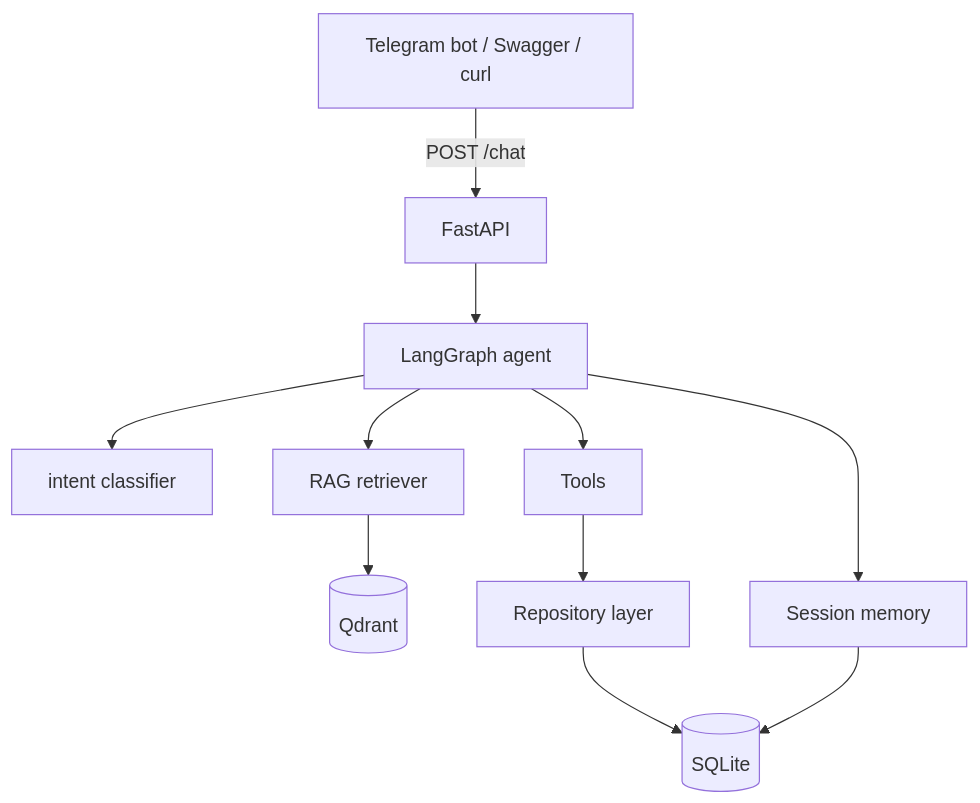
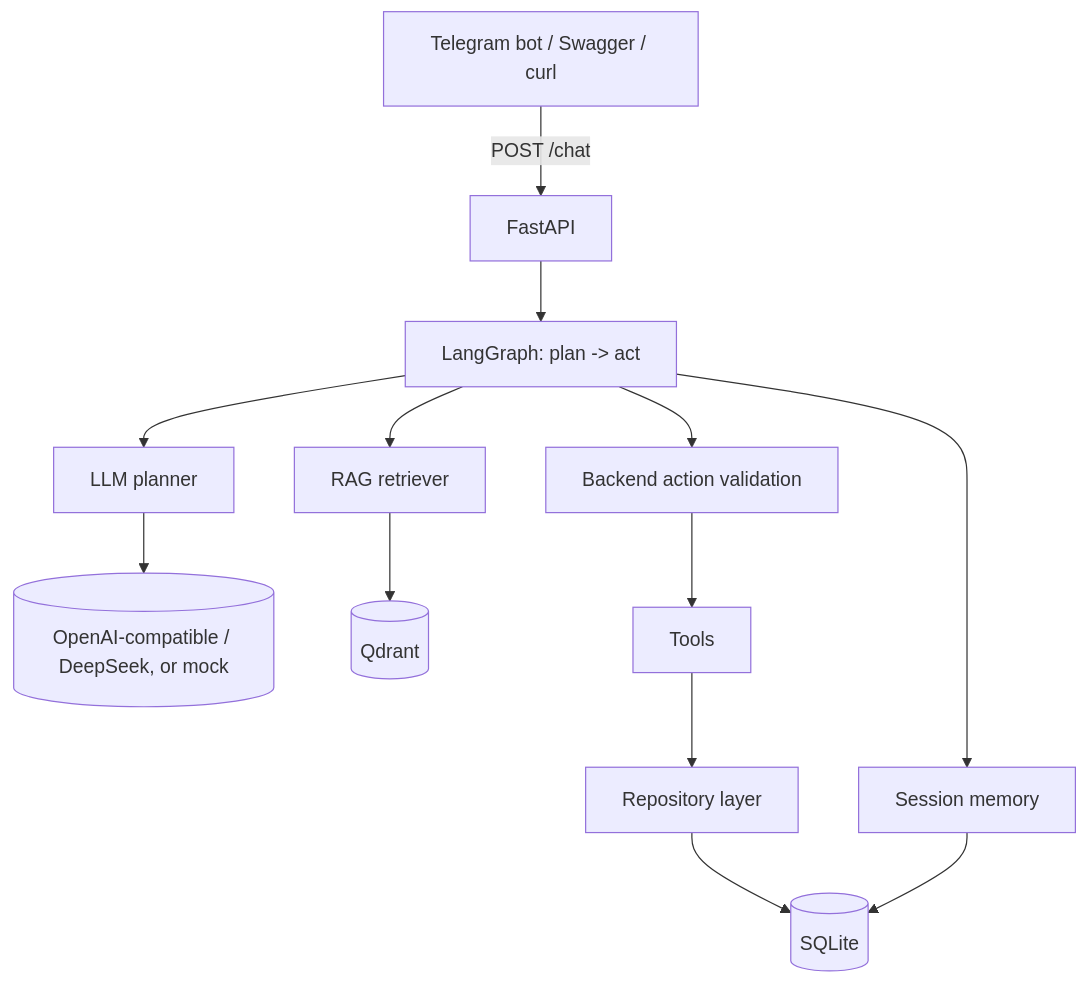
The diagram in docs/architecture.md (HullyMully/ai-marketing-agent-rag-langgraph), drawn with Mermaid before and after one commit. The commit also changed other lines of this file and 25 other files, not shown here.

Commit message:
Complete planner validation refactor

````diff
--- a/docs/architecture.md
+++ b/docs/architecture.md
@@ -15,13 +19,15 @@
 ```mermaid
 flowchart TB
     Client[Telegram bot / Swagger / curl] -->|POST /chat| FastAPI
-    FastAPI --> Agent[LangGraph agent]
-    Agent --> Intent[intent classifier]
+    FastAPI --> Agent[LangGraph: plan -> act]
+    Agent --> Planner[LLM planner]
+    Planner --> LLM[(OpenAI-compatible / DeepSeek, or mock)]
     Agent --> Retriever[RAG retriever]
-    Agent --> Tools
     Retriever --> Qdrant[(Qdrant)]
+    Agent --> Validate[Backend action validation]
+    Validate --> Tools
     Tools --> Repos[Repository layer]
     Repos --> SQLite[(SQLite)]
     Agent --> Memory[Session memory]
     Memory --> SQLite
 ```
````
